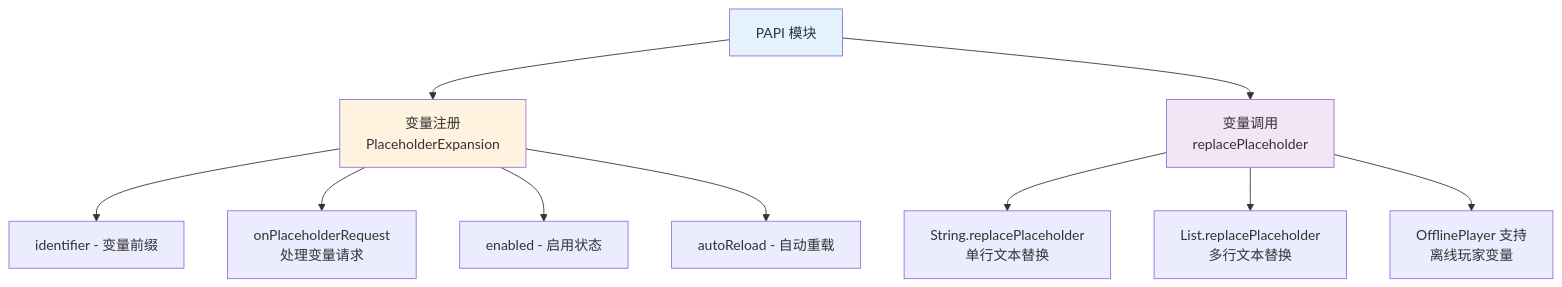
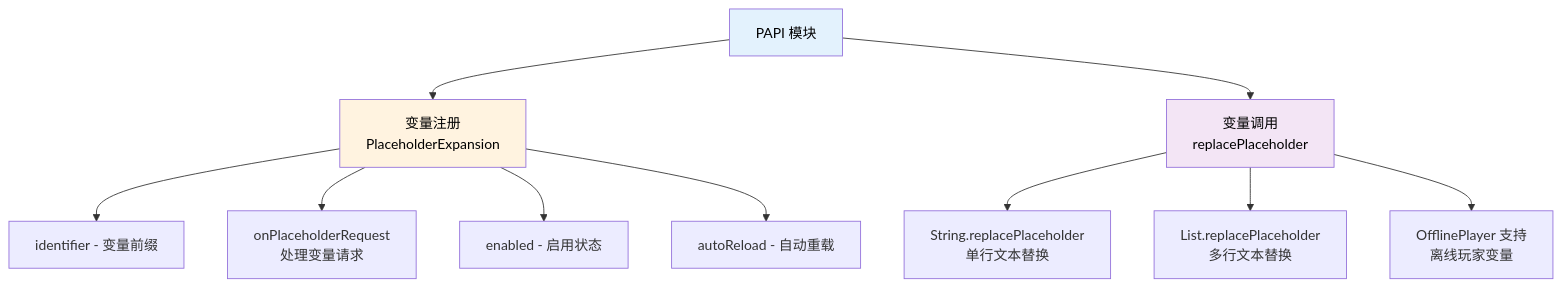
One commit to FxRayHughes/taboowiki changed the diagram in docs/basic-tech/papi/index.md. Above: the diagram before and after it, drawn with Mermaid. The commit also changed 19 other files, not shown here.

First line of the commit message:
feat(docs): 添加 Mermaid 图表支持并优化暗色模式显示

````diff
--- a/docs/basic-tech/papi/index.md
+++ b/docs/basic-tech/papi/index.md
@@ -13,18 +13,18 @@
 ```mermaid
 graph TB
     A[PAPI 模块] --> B[变量注册<br/>PlaceholderExpansion]
     A --> C[变量调用<br/>replacePlaceholder]
 
     B --> B1[identifier - 变量前缀]
     B --> B2[onPlaceholderRequest<br/>处理变量请求]
     B --> B3[enabled - 启用状态]
     B --> B4[autoReload - 自动重载]
 
     C --> C1[String.replacePlaceholder<br/>单行文本替换]
     C --> C2[List.replacePlaceholder<br/>多行文本替换]
     C --> C3[OfflinePlayer 支持<br/>离线玩家变量]
 
-    style A fill:#e3f2fd
-    style B fill:#fff3e0
-    style C fill:#f3e5f5
+    style A fill:#e3f2fd,color:#000000
+    style B fill:#fff3e0,color:#000000
+    style C fill:#f3e5f5,color:#000000
 ```
````
